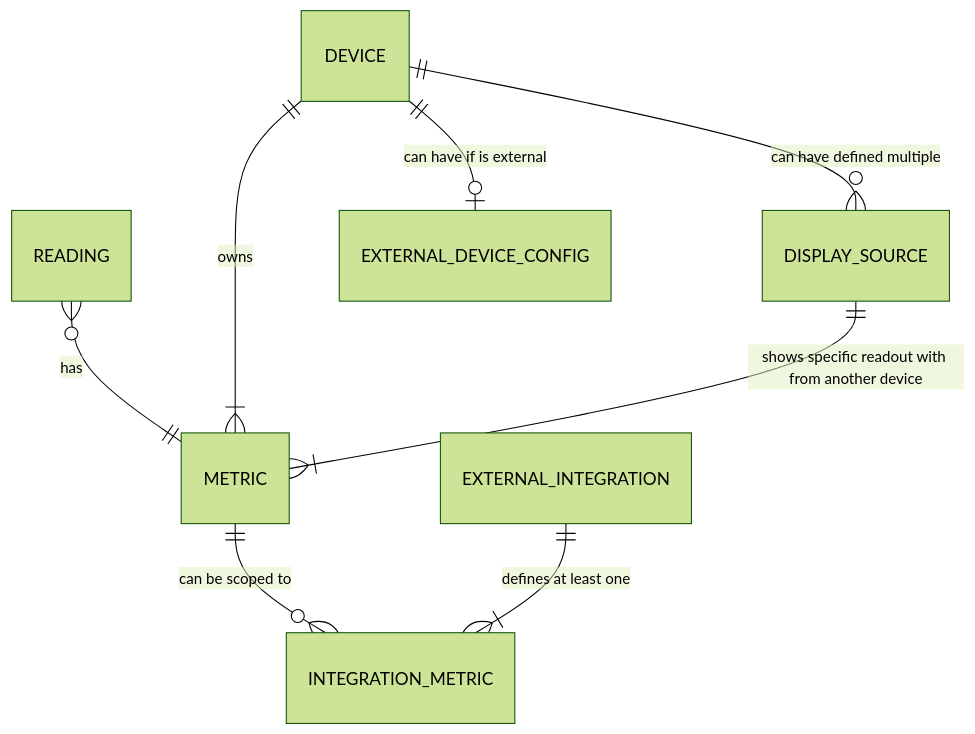
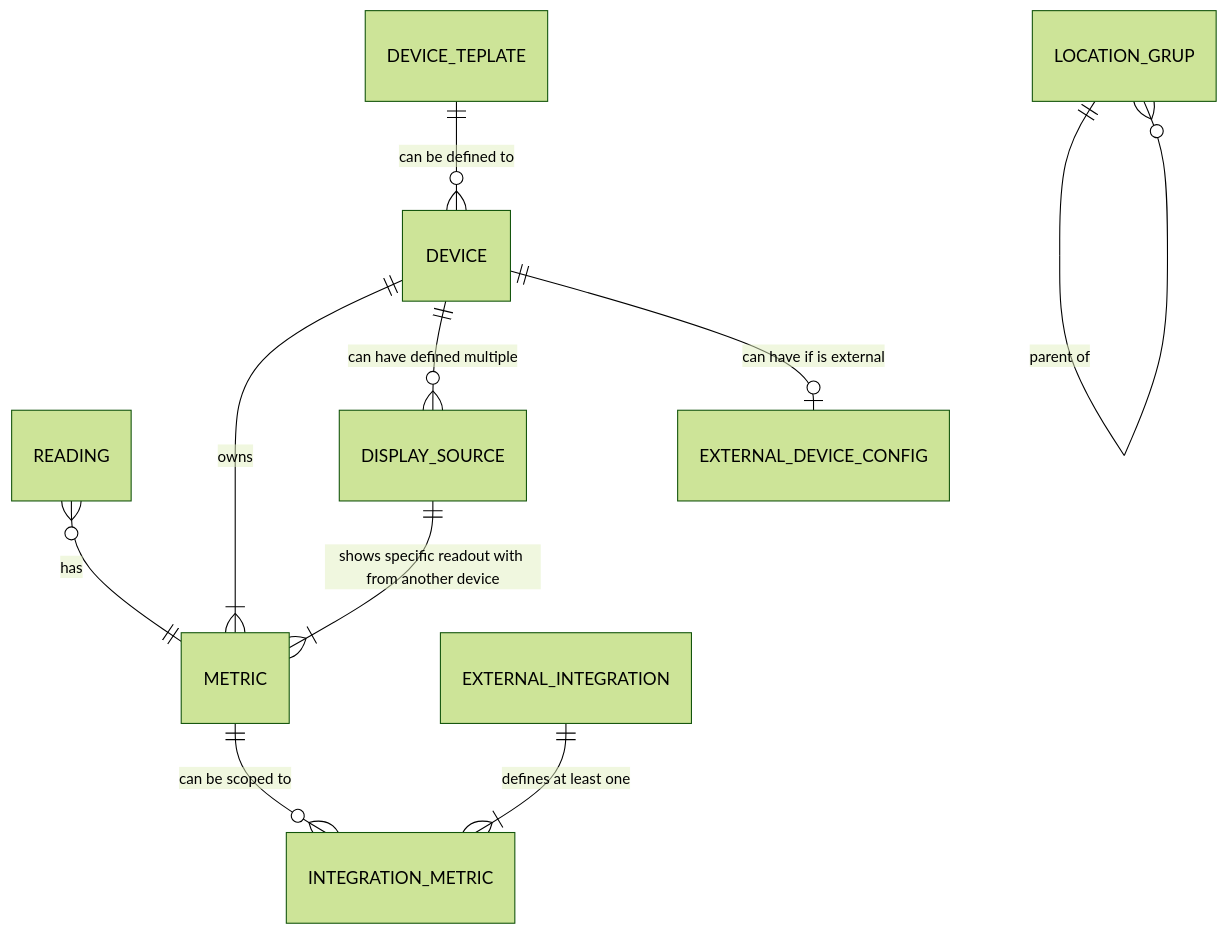
Before and after one commit to RobertNeat/NautilusHubWeb: the diagram in domain_scope/database_abstract.md, drawn with Mermaid (forest theme). The commit also changed other lines of this file, not shown here.

````diff
--- a/domain_scope/database_abstract.md
+++ b/domain_scope/database_abstract.md
@@ -17,13 +19,18 @@
 ```mermaid
 erDiagram
 
     READING }o--|| METRIC  : "has"
     DEVICE ||--|{ METRIC : "owns"
 
     DEVICE ||--o{ DISPLAY_SOURCE : "can have defined multiple"
     DISPLAY_SOURCE ||--|{ METRIC : "shows specific readout with from another device"
     DEVICE ||--o| EXTERNAL_DEVICE_CONFIG : "can have if is external"
 
     METRIC ||--o{ INTEGRATION_METRIC : "can be scoped to"
     EXTERNAL_INTEGRATION ||--|{ INTEGRATION_METRIC : "defines at least one"
+
+
+    DEVICE_TEPLATE ||--o{ DEVICE : "can be defined to"
+    LOCATION_GRUP ||--o{ LOCATION_GRUP : "parent of"
+    
 ```
````
